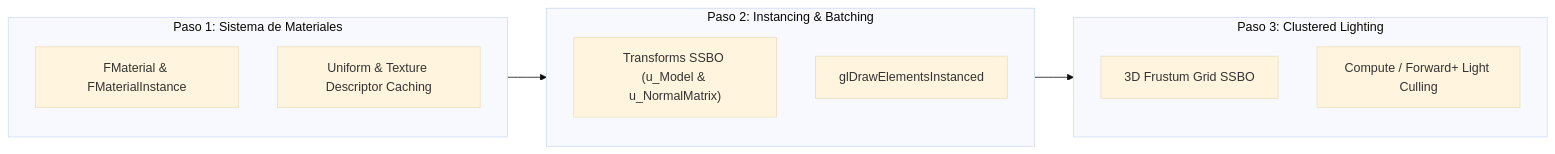
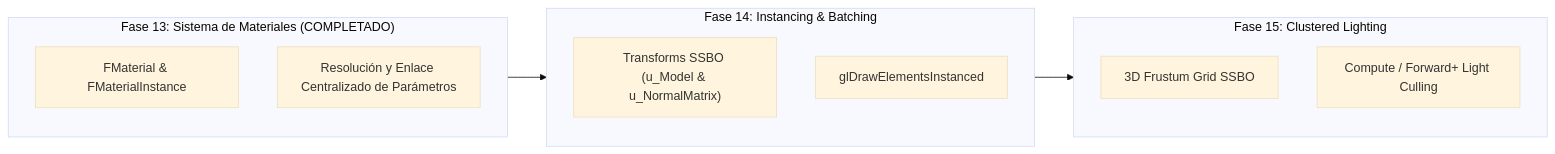
One commit to danielbarretoes/LeonEngine2-Archive changed the second of 2 diagrams in RENDER_AUDIT.md. Above: the diagram before and after it, drawn with Mermaid (base theme). The commit also changed other lines of this file and 19 other files, not shown here.

````diff
--- a/RENDER_AUDIT.md
+++ b/RENDER_AUDIT.md
@@ -263,19 +264,19 @@
 ```mermaid
 graph LR
-    subgraph Paso_1["Paso 1: Sistema de Materiales"]
+    subgraph Paso_1["Fase 13: Sistema de Materiales (COMPLETADO)"]
         FMat["FMaterial & FMaterialInstance"]
-        MatCache["Uniform & Texture Descriptor Caching"]
+        MatCache["Resolución y Enlace Centralizado de Parámetros"]
     end
 
-    subgraph Paso_2["Paso 2: Instancing & Batching"]
+    subgraph Paso_2["Fase 14: Instancing & Batching"]
         SSBO_Inst["Transforms SSBO (u_Model & u_NormalMatrix)"]
         DrawInst["glDrawElementsInstanced"]
     end
 
-    subgraph Paso_3["Paso 3: Clustered Lighting"]
+    subgraph Paso_3["Fase 15: Clustered Lighting"]
         LightCluster["3D Frustum Grid SSBO"]
         ClusteredPass["Compute / Forward+ Light Culling"]
     end
 
     Paso_1 --> Paso_2 --> Paso_3
 ```
````
